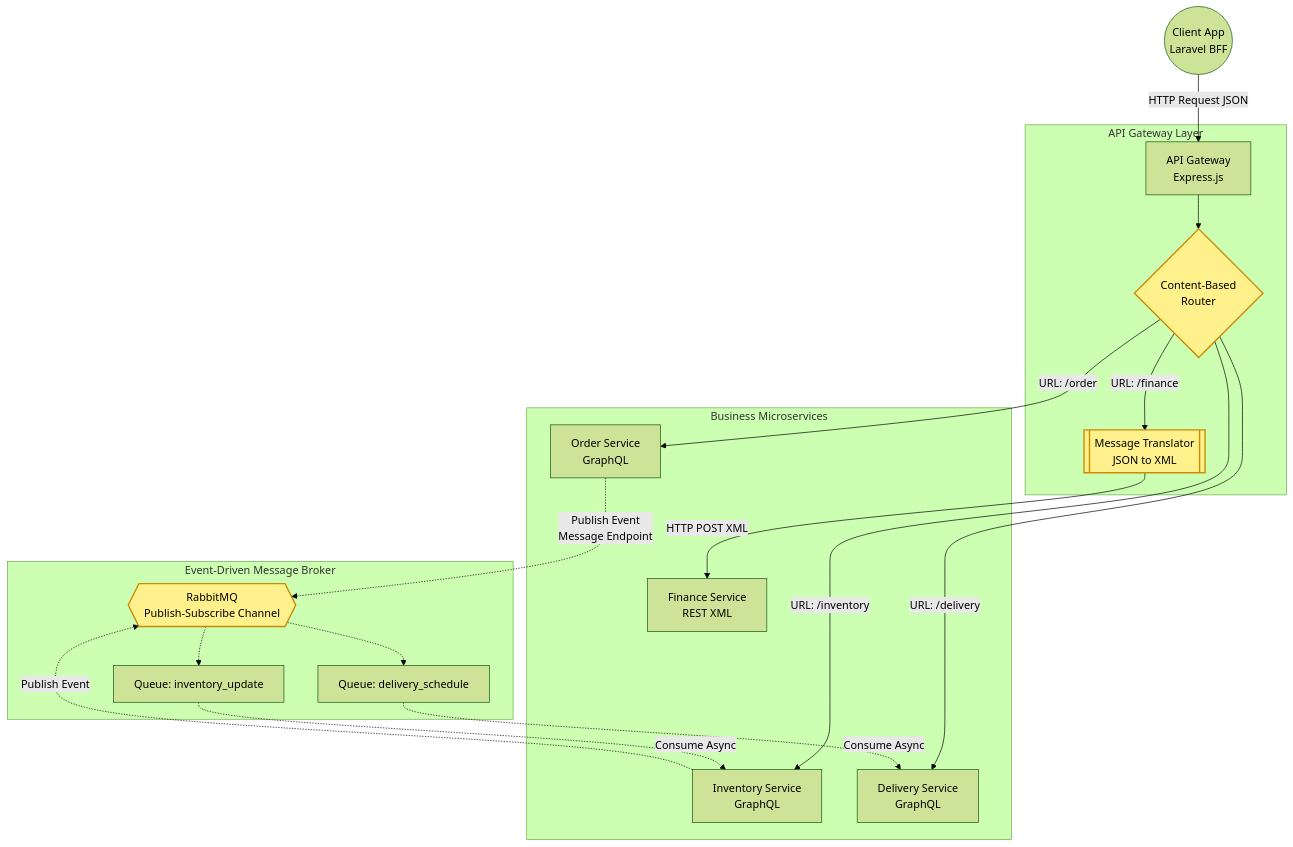
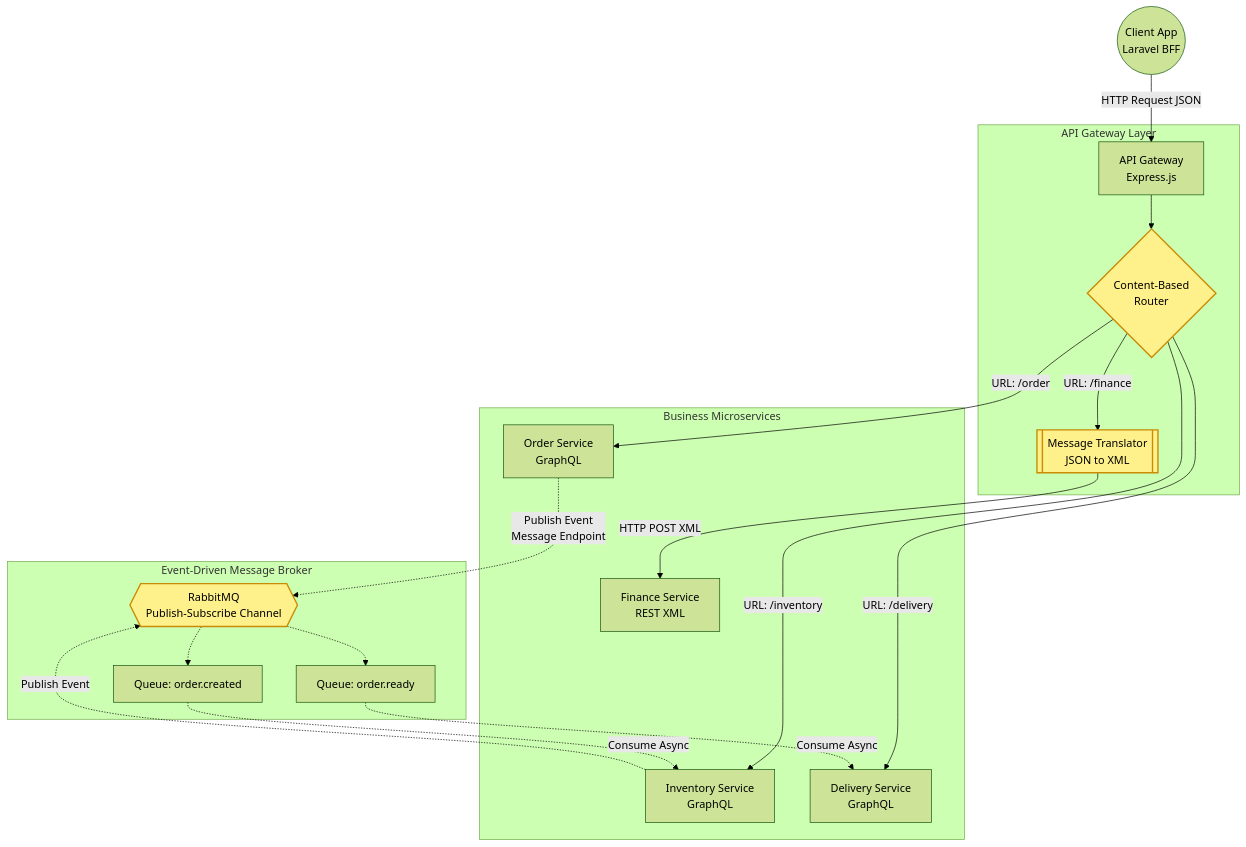
Before and after one commit to SyahrizalMaulani/UAS-EAI-SIDAGAS: the first of 2 diagrams in Diagram arsitektur integrasi.md, drawn with Mermaid (forest theme).

Commit message:
DESAIN ARSITEKTUR SISTEM

````diff
--- a/Diagram arsitektur integrasi.md
+++ b/Diagram arsitektur integrasi.md
@@ -11,47 +11,47 @@
 ```mermaid
 graph TD
     Client((Client App<br>Laravel BFF))
 
     subgraph API Gateway Layer
         Gateway[API Gateway<br>Express.js]
         CBR{Content-Based<br>Router}
         Translator[[Message Translator<br>JSON to XML]]
     end
 
     subgraph Business Microservices
         Order[Order Service<br>GraphQL]
         Inventory[Inventory Service<br>GraphQL]
         Delivery[Delivery Service<br>GraphQL]
         Finance[Finance Service<br>REST XML]
     end
 
     subgraph Event-Driven Message Broker
         RMQ{{RabbitMQ<br>Publish-Subscribe Channel}}
-        Queue1[Queue: inventory_update]
-        Queue2[Queue: delivery_schedule]
+        Queue1[Queue: order.created]
+        Queue2[Queue: order.ready]
     end
 
     %% Routing Flow
     Client -->|HTTP Request JSON| Gateway
     Gateway --> CBR
 
     CBR -->|URL: /order| Order
     CBR -->|URL: /inventory| Inventory
     CBR -->|URL: /delivery| Delivery
     CBR -->|URL: /finance| Translator
 
     Translator -->|HTTP POST XML| Finance
 
     %% Async Messaging Flow (Publish & Subscribe)
     Order -.->|Publish Event<br>Message Endpoint| RMQ
     RMQ -.-> Queue1
     Queue1 -.->|Consume Async| Inventory
 
     Inventory -.->|Publish Event| RMQ
     RMQ -.-> Queue2
     Queue2 -.->|Consume Async| Delivery
 
     %% EIP Labels Styling
     classDef eip fill:#fef08a,stroke:#ca8a04,stroke-width:2px,color:#000;
     class CBR,Translator,RMQ eip;
 ```
````
